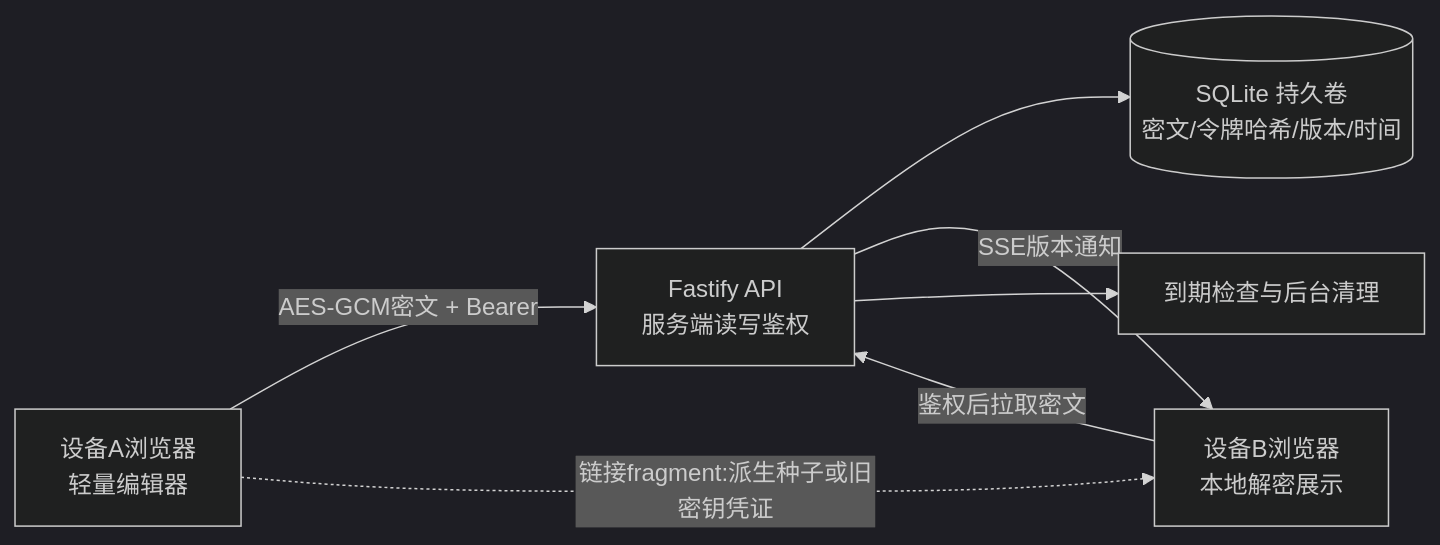
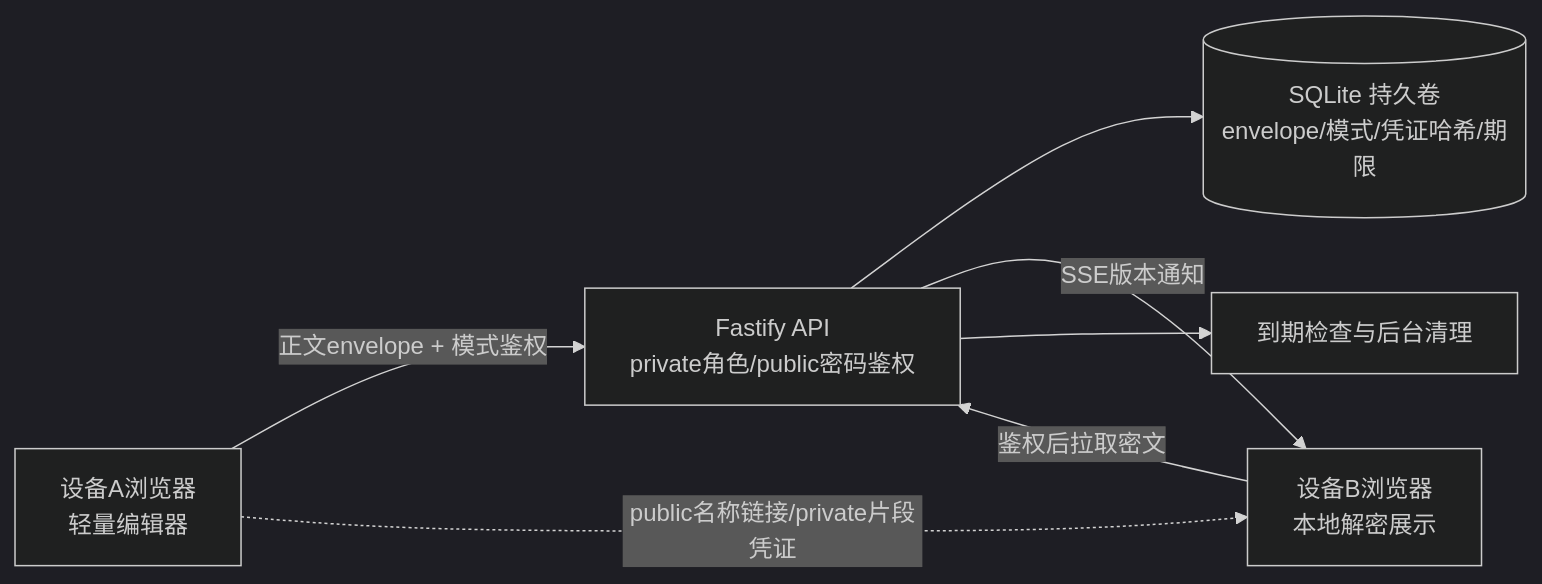
One commit to xiongwei-git/2Space changed the diagram in docs/ARCHITECTURE.md. Above: the diagram before and after it, drawn with Mermaid (dark theme). The commit also changed other lines of this file and 40 other files, not shown here.

Commit message:
feat: align named clipboard flow and workspace with reference

````diff
--- a/docs/ARCHITECTURE.md
+++ b/docs/ARCHITECTURE.md
@@ -3,9 +5,9 @@
 ```mermaid
 flowchart LR
-  A[设备A浏览器<br/>轻量编辑器] -->|AES-GCM密文 + Bearer| API[Fastify API<br/>服务端读写鉴权]
-  API --> DB[(SQLite 持久卷<br/>密文/令牌哈希/版本/时间)]
+  A[设备A浏览器<br/>轻量编辑器] -->|正文envelope + 模式鉴权| API[Fastify API<br/>private角色/public密码鉴权]
+  API --> DB[(SQLite 持久卷<br/>envelope/模式/凭证哈希/期限)]
   API -->|SSE版本通知| B[设备B浏览器<br/>本地解密展示]
   B -->|鉴权后拉取密文| API
-  A -.->|链接fragment:派生种子或旧密钥凭证| B
+  A -.->|public名称链接/private片段凭证| B
   API --> TTL[到期检查与后台清理]
 ```
````
